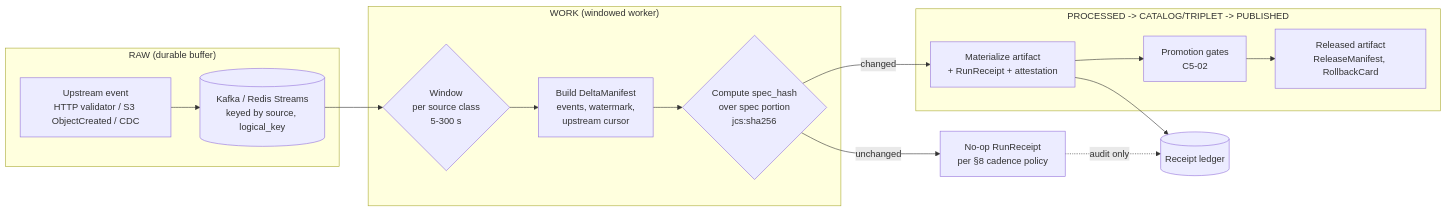
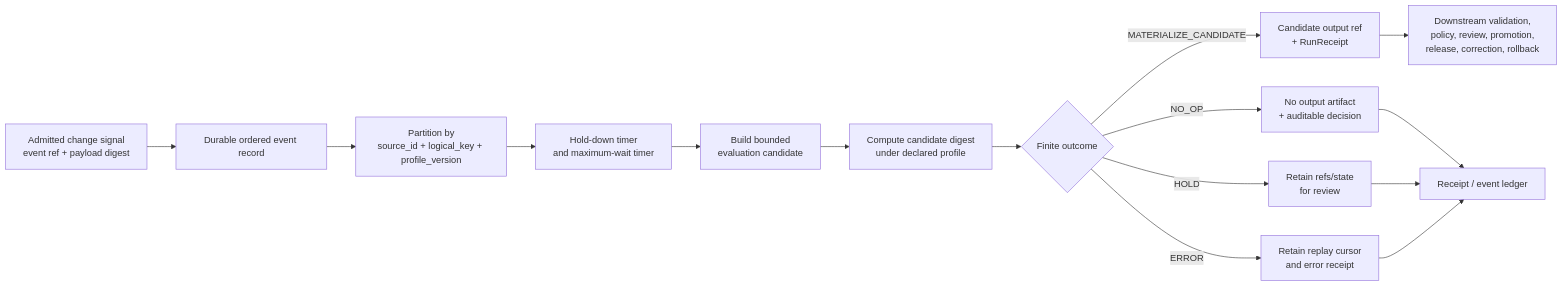
One commit to bartytime4life/Kansas-Frontier-Matrix changed the diagram in docs/standards/DEBOUNCE_WINDOWS.md. Above: the diagram before and after it, drawn with Mermaid. The commit also changed other lines of this file, not shown here.

Commit message:
docs: reconcile debounce window guidance with current repo state

````diff
--- a/docs/standards/DEBOUNCE_WINDOWS.md
+++ b/docs/standards/DEBOUNCE_WINDOWS.md
@@ -184,26 +246,19 @@
 ```mermaid
 flowchart LR
-    subgraph RAW["RAW (durable buffer)"]
-        A[Upstream event<br/>HTTP validator / S3 ObjectCreated / CDC]
-        Q[(Kafka / Redis Streams<br/>keyed by source, logical_key)]
-        A --> Q
-    end
+    A["Admitted change signal<br/>event ref + payload digest"] --> B["Durable ordered event record"]
+    B --> C["Partition by<br/>source_id + logical_key + profile_version"]
+    C --> D["Hold-down timer<br/>and maximum-wait timer"]
+    D --> E["Build bounded<br/>evaluation candidate"]
+    E --> F["Compute candidate digest<br/>under declared profile"]
+    F --> G{"Finite outcome"}
 
-    subgraph WORK["WORK (windowed worker)"]
-        W{Window<br/>per source class<br/>5-300 s}
-        D[Build DeltaManifest<br/>events, watermark,<br/>upstream cursor]
-        H{Compute spec_hash<br/>over spec portion<br/>jcs:sha256}
-        Q --> W --> D --> H
-    end
+    G -->|MATERIALIZE_CANDIDATE| H["Candidate output ref<br/>+ RunReceipt"]
+    G -->|NO_OP| I["No output artifact<br/>+ auditable decision"]
+    G -->|HOLD| J["Retain refs/state<br/>for review"]
+    G -->|ERROR| K["Retain replay cursor<br/>and error receipt"]
 
-    H -->|unchanged| N[No-op RunReceipt<br/>per §8 cadence policy]
-    H -->|changed| P[Materialize artifact<br/>+ RunReceipt + attestation]
-
-    subgraph DOWN["PROCESSED -> CATALOG/TRIPLET -> PUBLISHED"]
-        P --> X[Promotion gates<br/>C5-02]
-        X --> Y[Released artifact<br/>ReleaseManifest, RollbackCard]
-    end
-
-    N -.audit only.-> R[(Receipt ledger)]
-    P --> R
+    H --> L["Downstream validation,<br/>policy, review, promotion,<br/>release, correction, rollback"]
+    I --> M["Receipt / event ledger"]
+    J --> M
+    K --> M
 ```
````
